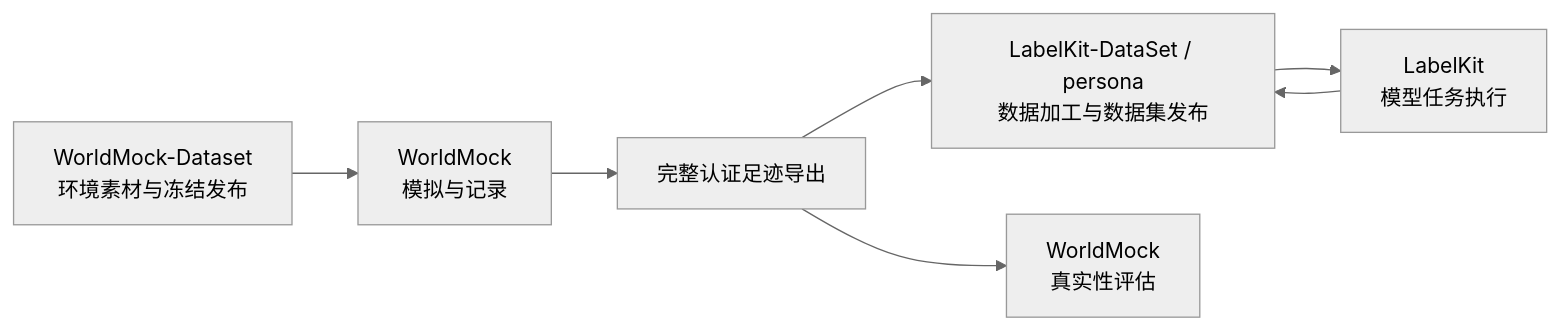
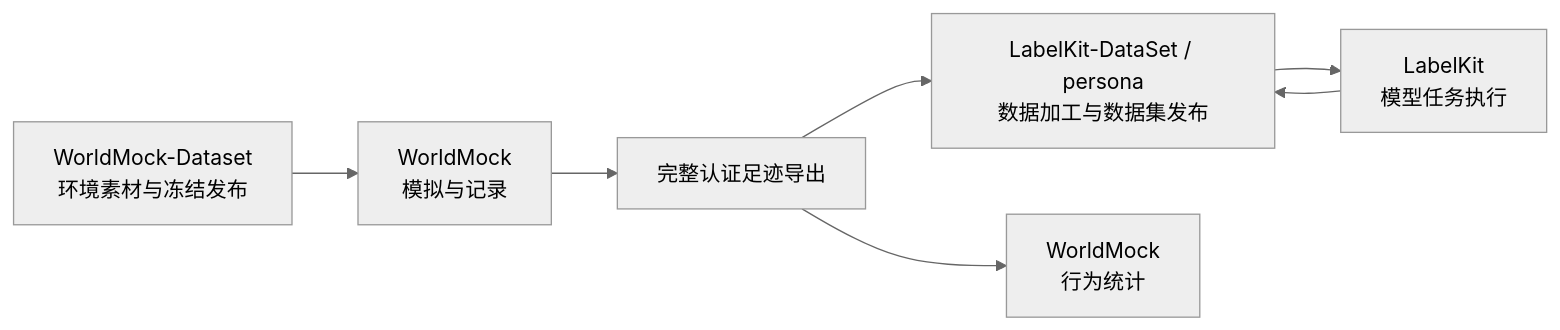
Before and after one commit to HoldThatThgt/WorldMock: the diagram in README.md, drawn with Mermaid (neutral theme). The commit also changed other lines of this file and 748 other files, not shown here.

````diff
--- a/README.md
+++ b/README.md
@@ -8,9 +8,9 @@
 ```mermaid
 flowchart LR
     D[WorldMock-Dataset<br/>环境素材与冻结发布] --> W[WorldMock<br/>模拟与记录]
     W --> E[完整认证足迹导出]
     E --> P[LabelKit-DataSet / persona<br/>数据加工与数据集发布]
     P --> L[LabelKit<br/>模型任务执行]
     L --> P
-    E --> V[WorldMock<br/>真实性评估]
+    E --> V[WorldMock<br/>行为统计]
 ```
````
